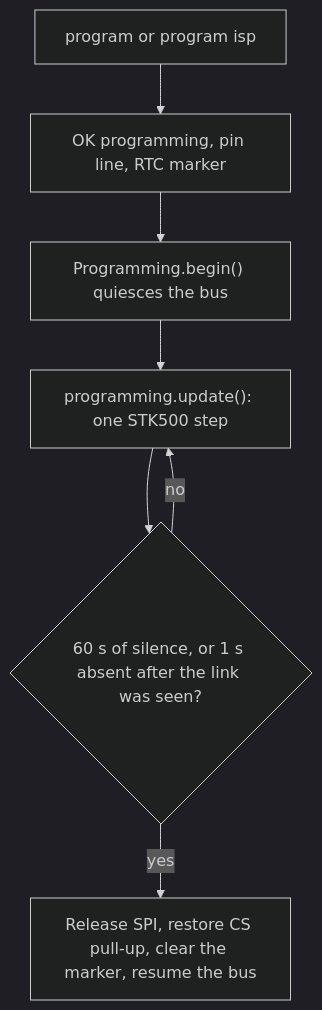
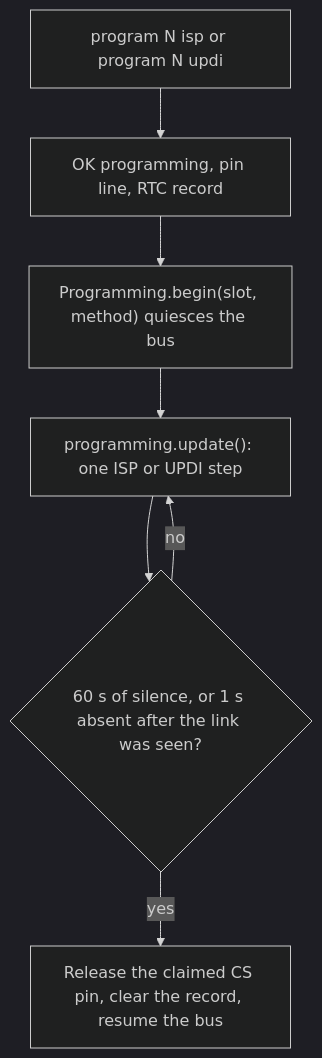
One commit to WiddleWabbit/MQTT-ModularControllerBoard changed the diagram in Firmware/docs/programming.md. Above: the diagram before and after it, drawn with Mermaid (dark theme). The commit also changed other lines of this file and 39 other files, not shown here.

Commit message:
Added UDPI programmer, and SPI programming on specified slots. No longer accepts generic programming.

````diff
--- a/Firmware/docs/programming.md
+++ b/Firmware/docs/programming.md
@@ -28,9 +29,9 @@
 ```mermaid
 flowchart TD
-  cmd["program or program isp"] --> ok["OK programming, pin line, RTC marker"]
-  ok --> begin["Programming.begin() quiesces the bus"]
-  begin --> step["programming.update(): one STK500 step"]
+  cmd["program N isp or program N updi"] --> ok["OK programming, pin line, RTC record"]
+  ok --> begin["Programming.begin(slot, method) quiesces the bus"]
+  begin --> step["programming.update(): one ISP or UPDI step"]
   step --> done{"60 s of silence, or 1 s absent after the link was seen?"}
   done -->|no| step
-  done -->|yes| resume["Release SPI, restore CS pull-up, clear the marker, resume the bus"]
+  done -->|yes| resume["Release the claimed CS pin, clear the record, resume the bus"]
 ```
````
